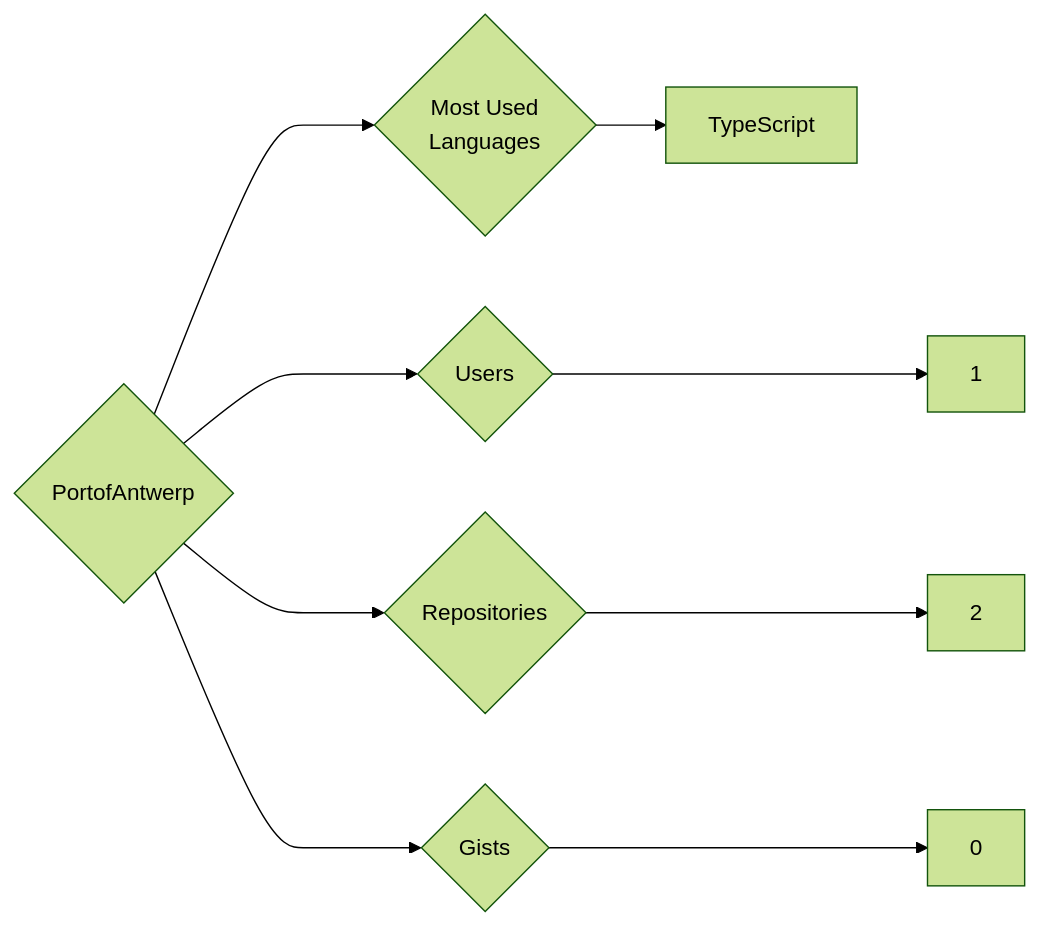
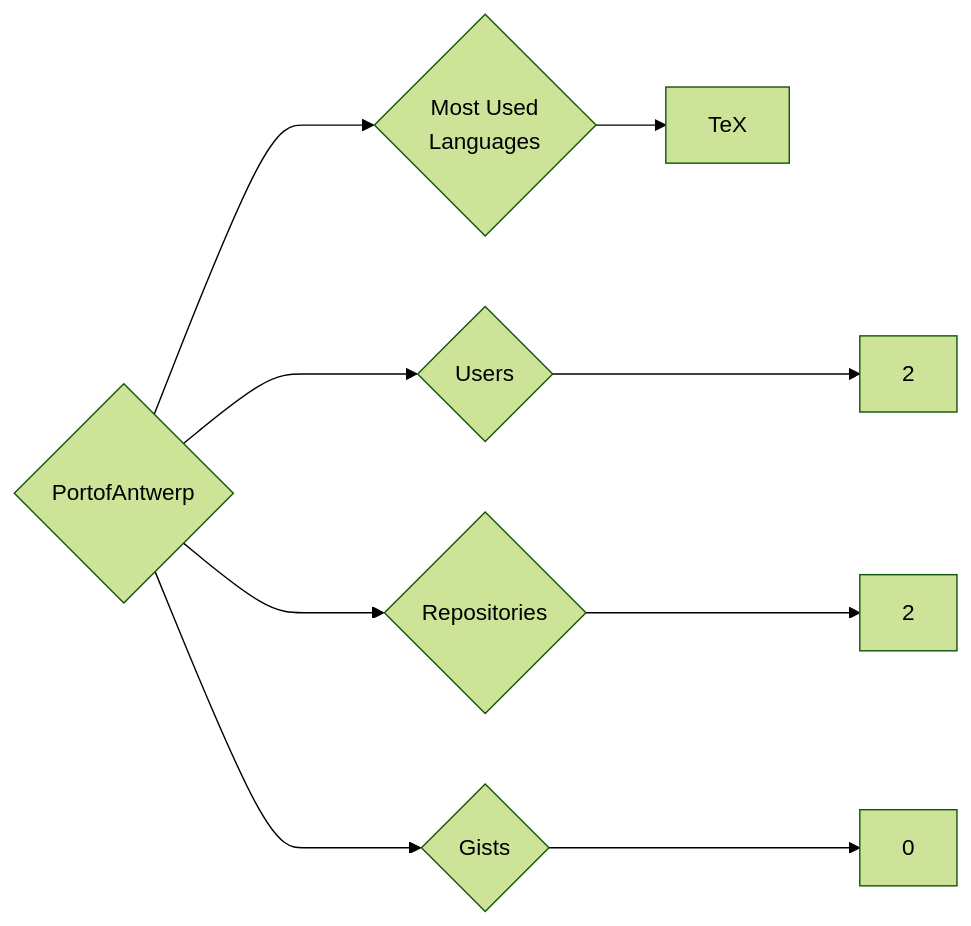
One commit to trickest/insiders changed the diagram in targets/PortofAntwerp/README.md. Above: the diagram before and after it, drawn with Mermaid (forest theme). The commit also changed 1484 other files, not shown here.

````diff
--- a/targets/PortofAntwerp/README.md
+++ b/targets/PortofAntwerp/README.md
@@ -3,9 +3,9 @@
 ```mermaid
 graph LR
 COMPANY_NAME{PortofAntwerp}
-COMPANY_NAME ---> U{Users} ---> UN[1]
+COMPANY_NAME ---> U{Users} ---> UN[2]
 COMPANY_NAME ---> R{Repositories} ---> RN[2]
 COMPANY_NAME ---> G{Gists} ---> GN[0]
 COMPANY_NAME ---> ML{Most Used<br>Languages}
-ML --> TypeScript[TypeScript]
+ML --> TeX[TeX]
 ```
````
